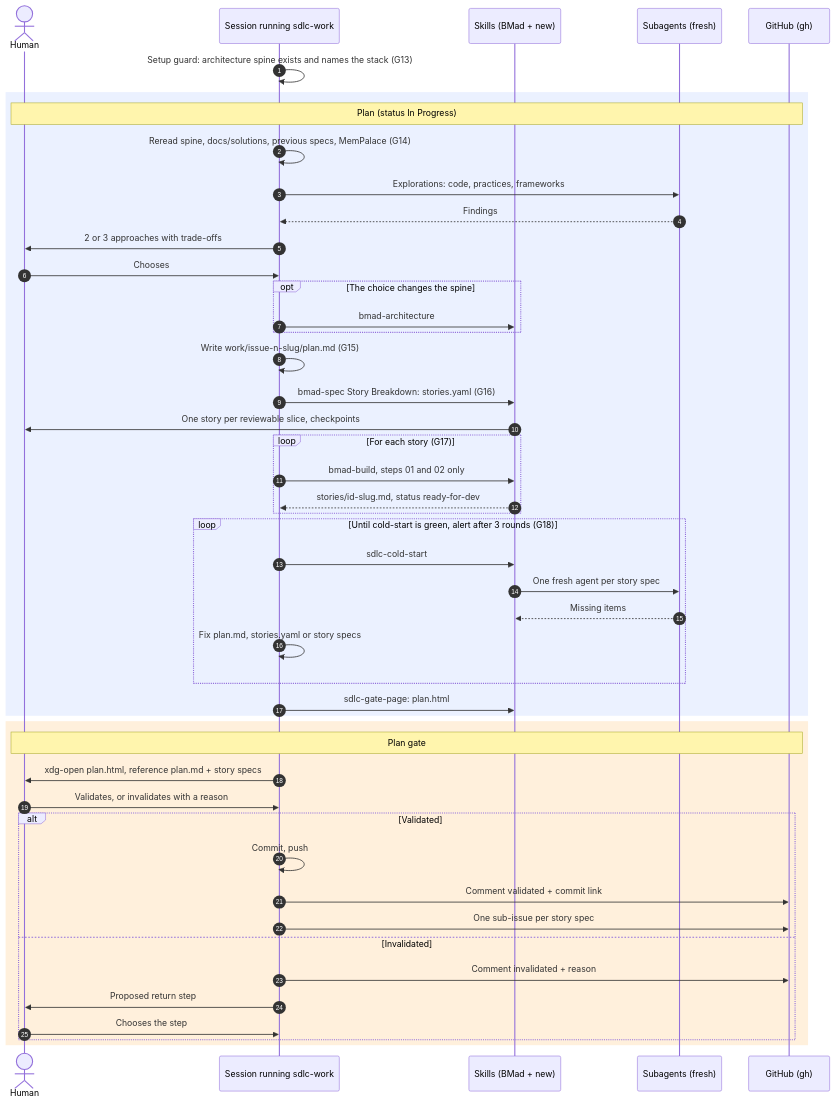
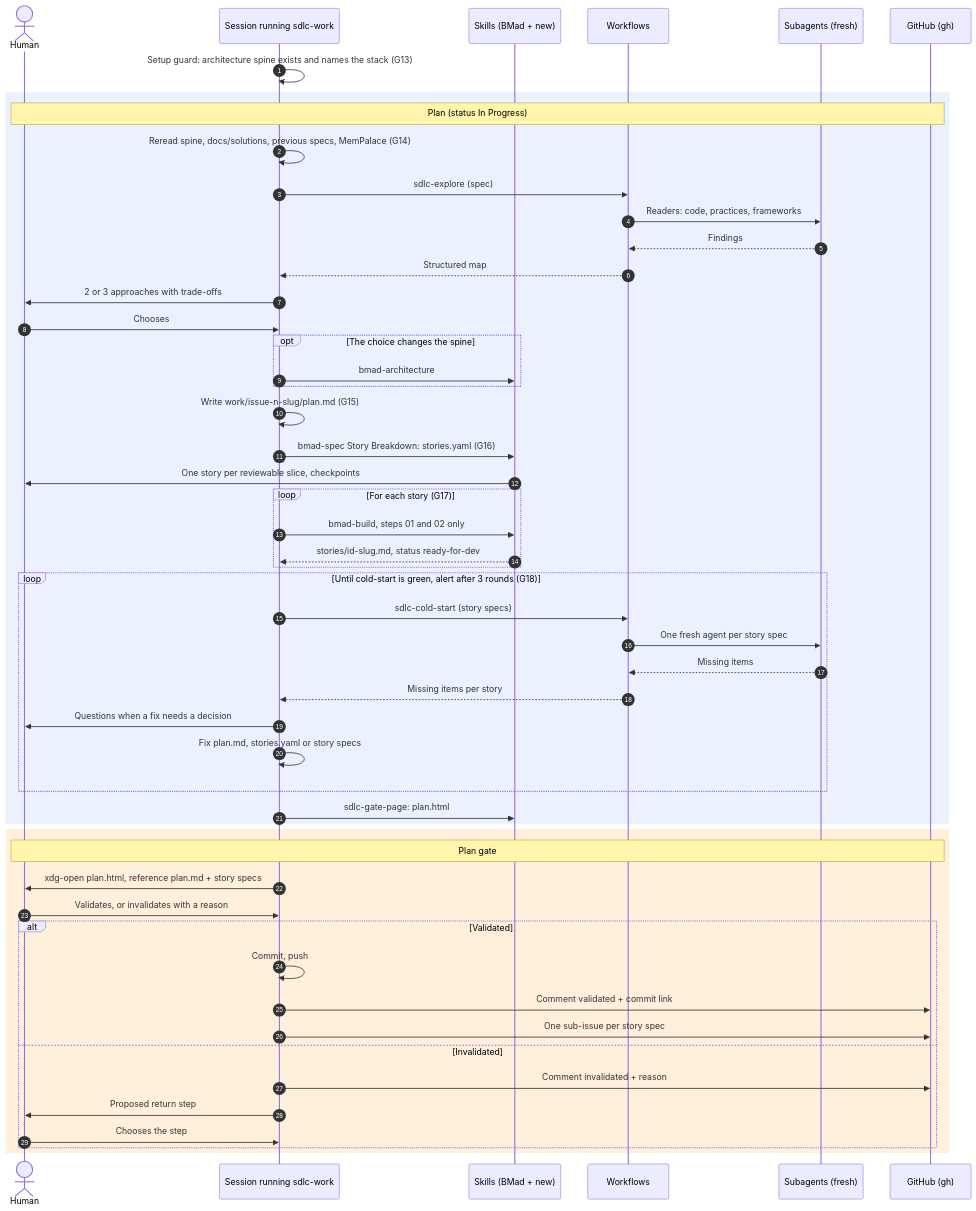
The third of 4 diagrams in _bmad-output/brainstorming/brainstorm-sdlc-local-workflow-2026-10-16/sequence-long-process.md (mathieubodin/scaleway-manager), drawn with Mermaid before and after one commit. The commit also changed other lines of this file and 3 other files, not shown here.

````diff
--- a/_bmad-output/brainstorming/brainstorm-sdlc-local-workflow-2026-10-16/sequence-long-process.md
+++ b/_bmad-output/brainstorming/brainstorm-sdlc-local-workflow-2026-10-16/sequence-long-process.md
@@ -111,51 +114,56 @@
 ```mermaid
 sequenceDiagram
     autonumber
     actor H as Human
     participant W as Session running sdlc-work
     participant K as Skills (BMad + new)
+    participant F as Workflows
     participant A as Subagents (fresh)
     participant G as GitHub (gh)
 
     W->>W: Setup guard: architecture spine exists and names the stack (G13)
     rect rgba(120, 160, 255, 0.15)
     Note over H,G: Plan (status In Progress)
     W->>W: Reread spine, docs/solutions, previous specs, MemPalace (G14)
-    W->>A: Explorations: code, practices, frameworks
-    A-->>W: Findings
+    W->>F: sdlc-explore (spec)
+    F->>A: Readers: code, practices, frameworks
+    A-->>F: Findings
+    F-->>W: Structured map
     W->>H: 2 or 3 approaches with trade-offs
     H->>W: Chooses
     opt The choice changes the spine
         W->>K: bmad-architecture
     end
     W->>W: Write work/issue-n-slug/plan.md (G15)
     W->>K: bmad-spec Story Breakdown: stories.yaml (G16)
     K->>H: One story per reviewable slice, checkpoints
     loop For each story (G17)
         W->>K: bmad-build, steps 01 and 02 only
         K-->>W: stories/id-slug.md, status ready-for-dev
     end
     loop Until cold-start is green, alert after 3 rounds (G18)
-        W->>K: sdlc-cold-start
-        K->>A: One fresh agent per story spec
-        A-->>K: Missing items
+        W->>F: sdlc-cold-start (story specs)
+        F->>A: One fresh agent per story spec
+        A-->>F: Missing items
+        F-->>W: Missing items per story
+        W->>H: Questions when a fix needs a decision
         W->>W: Fix plan.md, stories.yaml or story specs
     end
     W->>K: sdlc-gate-page: plan.html
     end
 
     rect rgba(255, 180, 80, 0.2)
     Note over H,G: Plan gate
     W->>H: xdg-open plan.html, reference plan.md + story specs
     H->>W: Validates, or invalidates with a reason
     alt Validated
         W->>W: Commit, push
         W->>G: Comment validated + commit link
         W->>G: One sub-issue per story spec
     else Invalidated
         W->>G: Comment invalidated + reason
         W->>H: Proposed return step
         H->>W: Chooses the step
     end
     end
 ```
````
